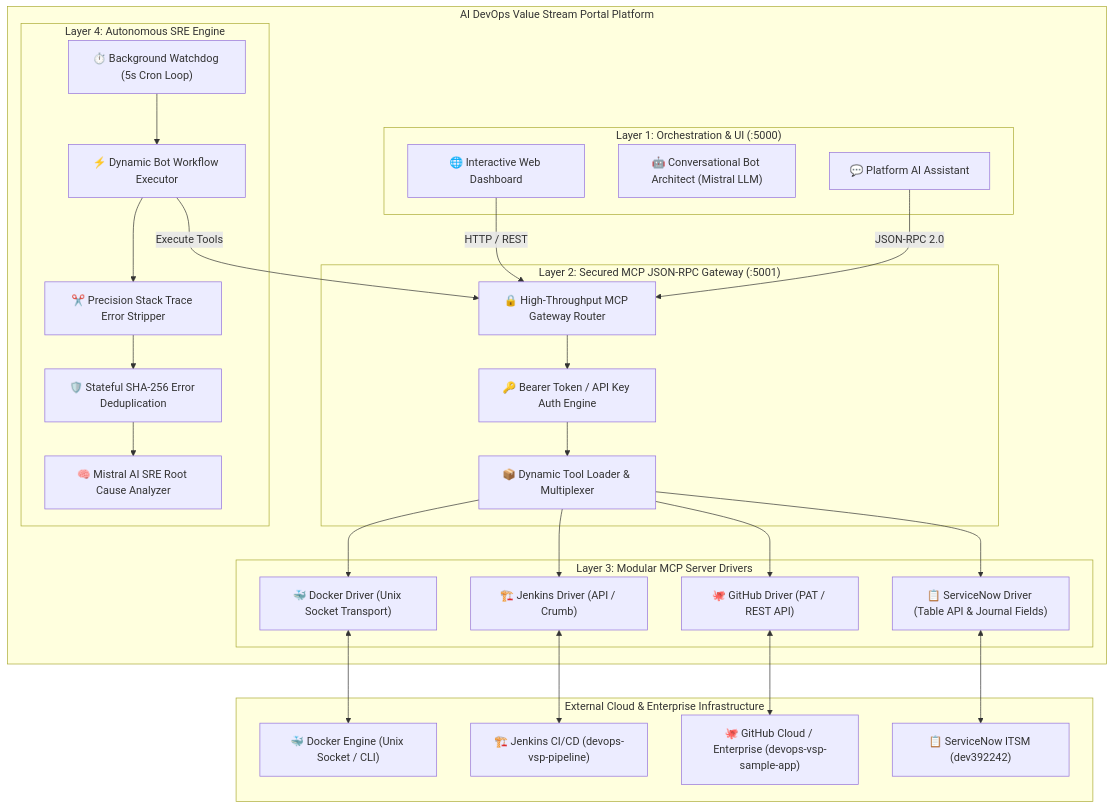
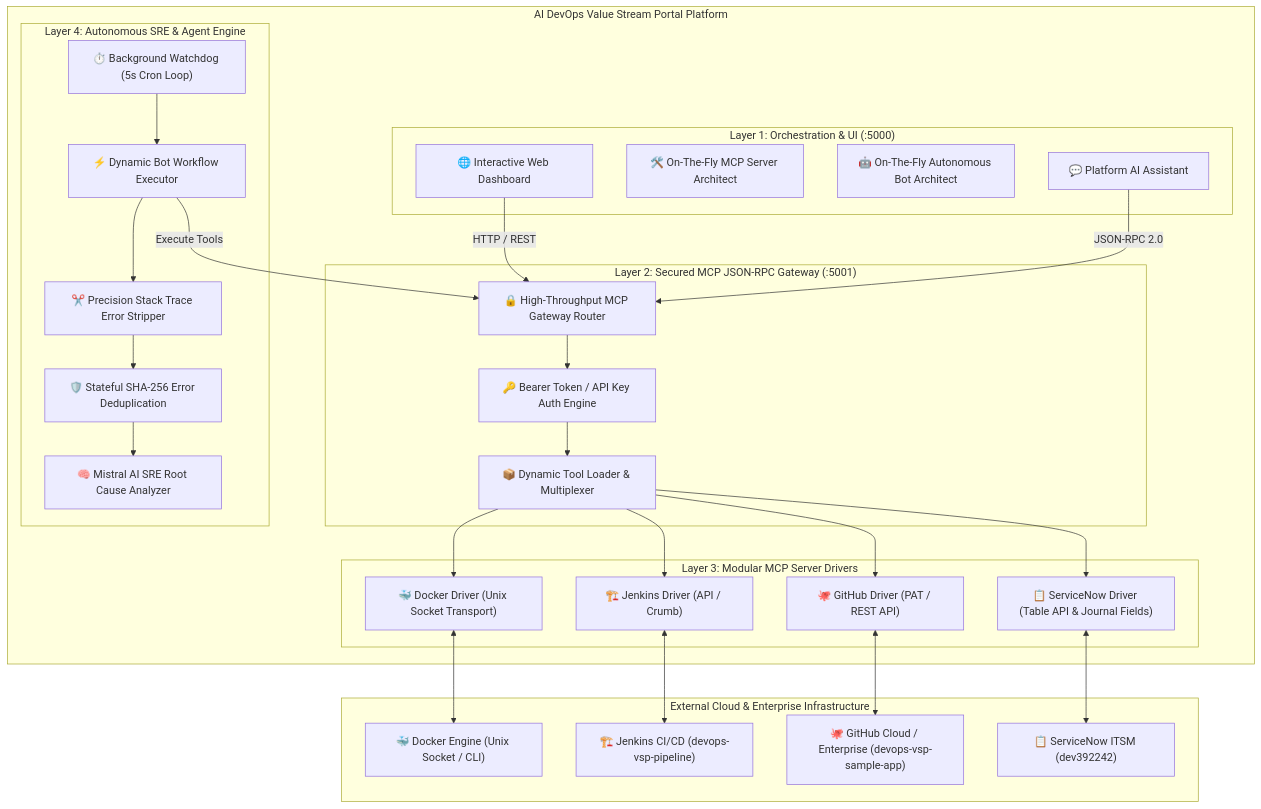
One commit to shakilmunavary/ai-mcp-builder changed the third of 3 diagrams in README.md. Above: the diagram before and after it, drawn with Mermaid. The commit also changed other lines of this file, not shown here.

Commit message:
Highlight Dual-Engine capabilities: Build MCP servers on-the-fly and Deploy Autonomous AI Agents across the entire DevOps landscape

````diff
--- a/README.md
+++ b/README.md
@@ -121,58 +146,59 @@
 ```mermaid
 flowchart TD
     subgraph "External Cloud & Enterprise Infrastructure"
         DockerDaemon["🐳 Docker Engine (Unix Socket / CLI)"]
         JenkinsHost["🏗️ Jenkins CI/CD (devops-vsp-pipeline)"]
         GitHubCloud["🐙 GitHub Cloud / Enterprise (devops-vsp-sample-app)"]
         SNOWCloud["📋 ServiceNow ITSM (dev392242)"]
     end
 
     subgraph "AI DevOps Value Stream Portal Platform"
         subgraph "Layer 1: Orchestration & UI (:5000)"
             WebUI["🌐 Interactive Web Dashboard"]
-            BotArchitect["🤖 Conversational Bot Architect (Mistral LLM)"]
+            ServerArchitect["🛠️ On-The-Fly MCP Server Architect"]
+            BotArchitect["🤖 On-The-Fly Autonomous Bot Architect"]
             ChatAssistant["💬 Platform AI Assistant"]
         end
 
         subgraph "Layer 2: Secured MCP JSON-RPC Gateway (:5001)"
             Gateway["🔒 High-Throughput MCP Gateway Router"]
             AuthEngine["🔑 Bearer Token / API Key Auth Engine"]
             ToolRegistry["📦 Dynamic Tool Loader & Multiplexer"]
         end
 
         subgraph "Layer 3: Modular MCP Server Drivers"
             MCP_Docker["🐳 Docker Driver (Unix Socket Transport)"]
             MCP_GH["🐙 GitHub Driver (PAT / REST API)"]
             MCP_JK["🏗️ Jenkins Driver (API / Crumb)"]
             MCP_SNOW["📋 ServiceNow Driver (Table API & Journal Fields)"]
         end
 
-        subgraph "Layer 4: Autonomous SRE Engine"
+        subgraph "Layer 4: Autonomous SRE & Agent Engine"
             Watchdog["⏱️ Background Watchdog (5s Cron Loop)"]
             Dedup["🛡️ Stateful SHA-256 Error Deduplication"]
             LogStripper["✂️ Precision Stack Trace Error Stripper"]
             MistralRCA["🧠 Mistral AI SRE Root Cause Analyzer"]
             BotRunner["⚡ Dynamic Bot Workflow Executor"]
         end
     end
 
     WebUI -->|HTTP / REST| Gateway
     ChatAssistant -->|JSON-RPC 2.0| Gateway
     Gateway --> AuthEngine
     AuthEngine --> ToolRegistry
     ToolRegistry --> MCP_Docker
     ToolRegistry --> MCP_GH
     ToolRegistry --> MCP_JK
     ToolRegistry --> MCP_SNOW
 
     MCP_Docker <--> DockerDaemon
     MCP_GH <--> GitHubCloud
     MCP_JK <--> JenkinsHost
     MCP_SNOW <--> SNOWCloud
 
     Watchdog --> BotRunner
     BotRunner --> LogStripper
     LogStripper --> Dedup
     Dedup --> MistralRCA
     BotRunner -->|Execute Tools| Gateway
 ```
````
